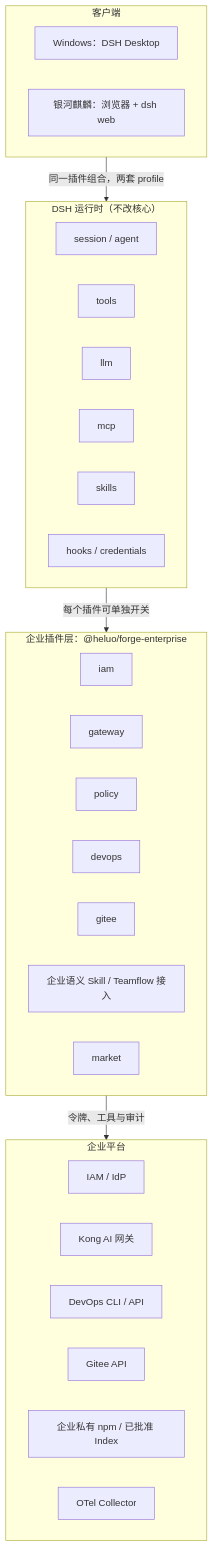
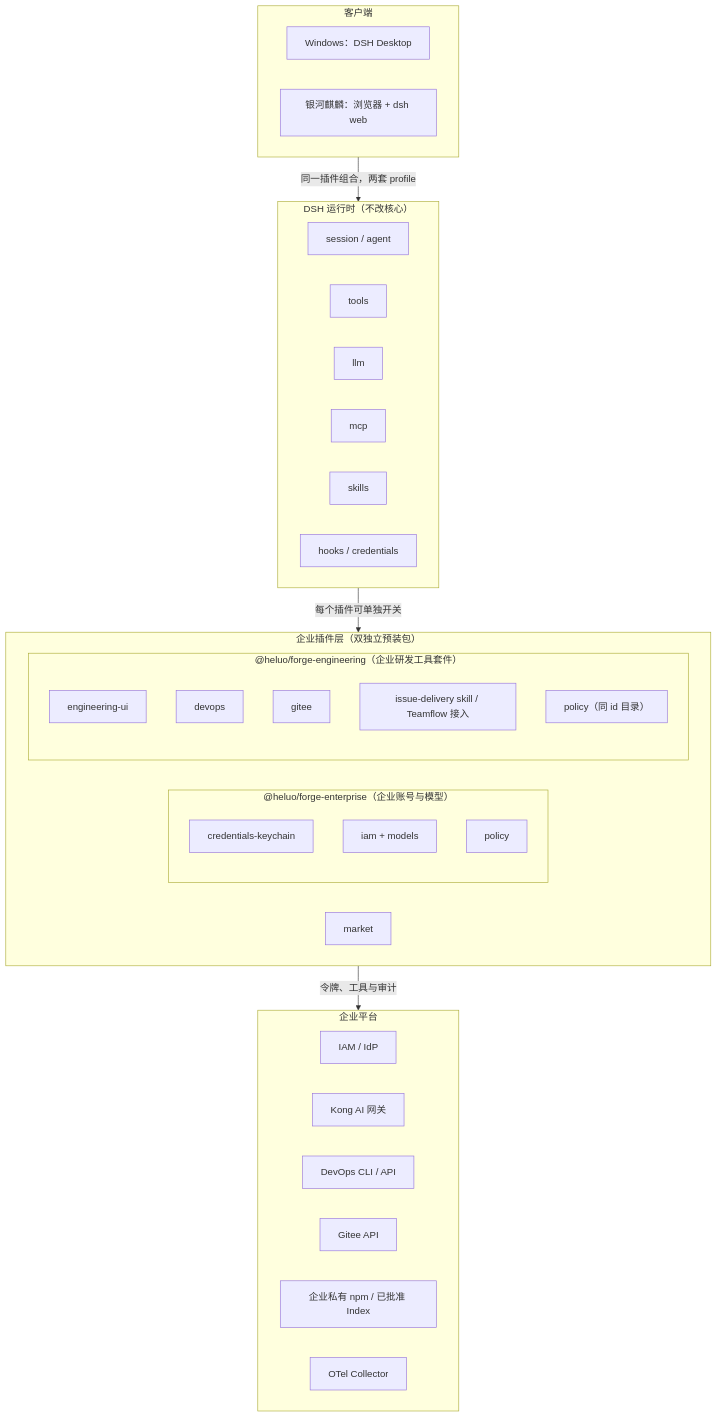
The second of 2 diagrams in docs/architecture/platform-architecture.md (hrygo/heluo-forge), drawn with Mermaid before and after one commit. The commit also changed other lines of this file and 174 other files, not shown here.

````diff
--- a/docs/architecture/platform-architecture.md
+++ b/docs/architecture/platform-architecture.md
@@ -145,39 +145,45 @@
 ```mermaid
 flowchart TB
   subgraph C["客户端"]
     direction LR
     W["Windows：DSH Desktop"]
     K["银河麒麟：浏览器 + dsh web"]
   end
   subgraph R["DSH 运行时（不改核心）"]
     direction LR
     A["session / agent"]
     T["tools"]
     L["llm"]
     M["mcp"]
     S["skills"]
     H["hooks / credentials"]
   end
-  subgraph P["企业插件层：@heluo/forge-enterprise"]
+  subgraph P["企业插件层（双独立预装包）"]
     direction LR
-    IAM["iam"]
-    GW["gateway"]
-    POL["policy"]
-    DEV["devops"]
-    GIT["gitee"]
-    FLOW["企业语义 Skill / Teamflow 接入"]
+    subgraph PE["@heluo/forge-enterprise（企业账号与模型）"]
+      KEY["credentials-keychain"]
+      IAM["iam + models"]
+      POL1["policy"]
+    end
+    subgraph PENG["@heluo/forge-engineering（企业研发工具套件）"]
+      ENGUI["engineering-ui"]
+      DEV["devops"]
+      GIT["gitee"]
+      FLOW["issue-delivery skill / Teamflow 接入"]
+      POL2["policy（同 id 目录）"]
+    end
     MKT["market"]
   end
   subgraph PL["企业平台"]
     direction LR
     IDP["IAM / IdP"]
     KONG["Kong AI 网关"]
     DAPI["DevOps CLI / API"]
     GAPI["Gitee API"]
     REG["企业私有 npm / 已批准 Index"]
     OT["OTel Collector"]
   end
   C -->|"同一插件组合，两套 profile"| R
   R -->|"每个插件可单独开关"| P
   P -->|"令牌、工具与审计"| PL
 ```
````
